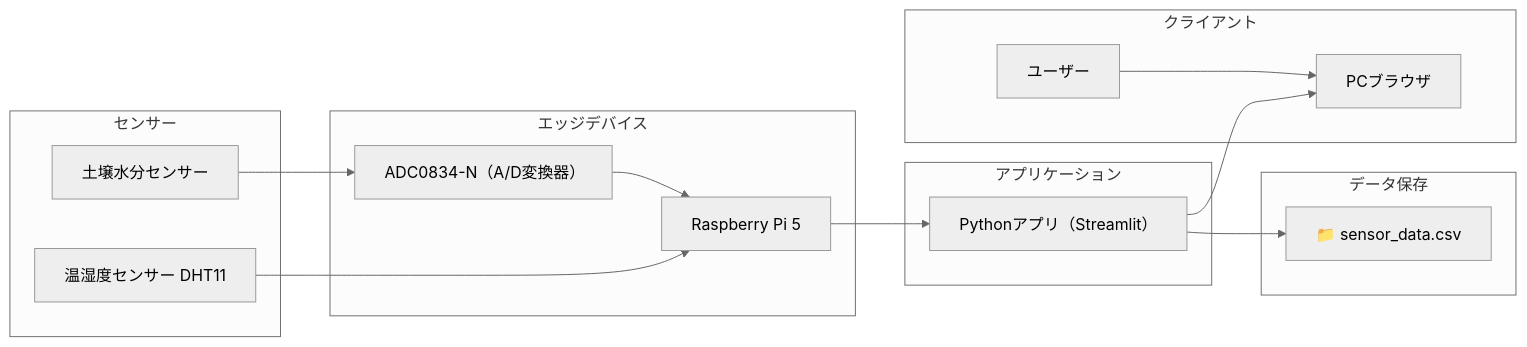
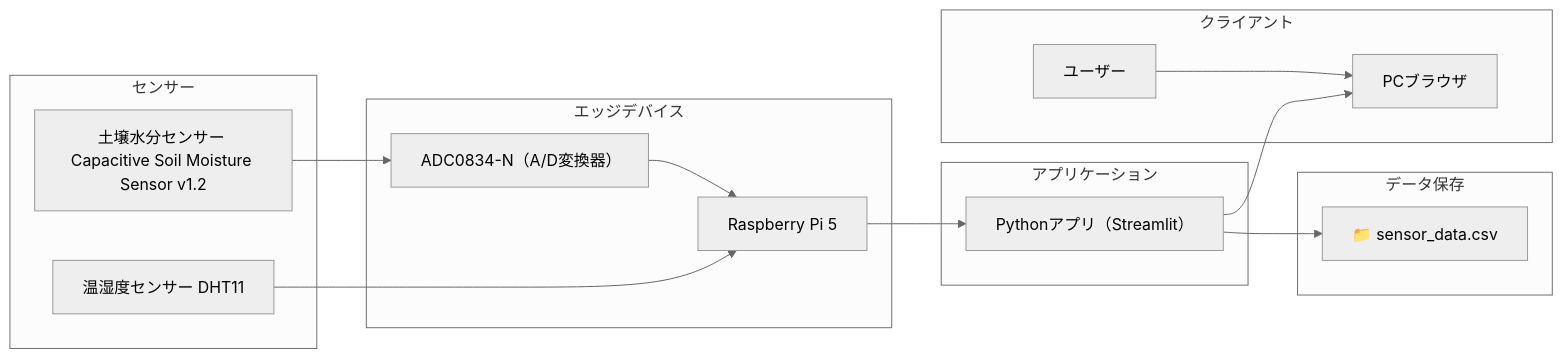
Before and after one commit to Mutou-dev123/plant-iot-system: the second of 3 diagrams in README.md, drawn with Mermaid (neutral theme). The commit also changed other lines of this file, not shown here.

````diff
--- a/README.md
+++ b/README.md
@@ -117,34 +117,34 @@
 ```mermaid
 graph LR
     subgraph Sensors["センサー"]
         DHT11["温湿度センサー DHT11"]
-        Soil["土壌水分センサー"]
+        Soil["土壌水分センサー Capacitive Soil Moisture Sensor v1.2"]
     end
 
     subgraph Edge["エッジデバイス"]
         ADC["ADC0834-N（A/D変換器）"]
         RPI["Raspberry Pi 5"]
     end
 
     subgraph App["アプリケーション"]
         STREAM["Pythonアプリ（Streamlit）"]
     end
 
     subgraph Storage["データ保存"]
         CSV["📁 sensor_data.csv"]
     end
 
     subgraph Client["クライアント"]
         Browser["PCブラウザ"]
         User["ユーザー"]
     end
 
     DHT11 --> RPI
     Soil --> ADC
     ADC --> RPI
 
     RPI --> STREAM
     STREAM --> CSV
     STREAM --> Browser
     User --> Browser
 ```
````
